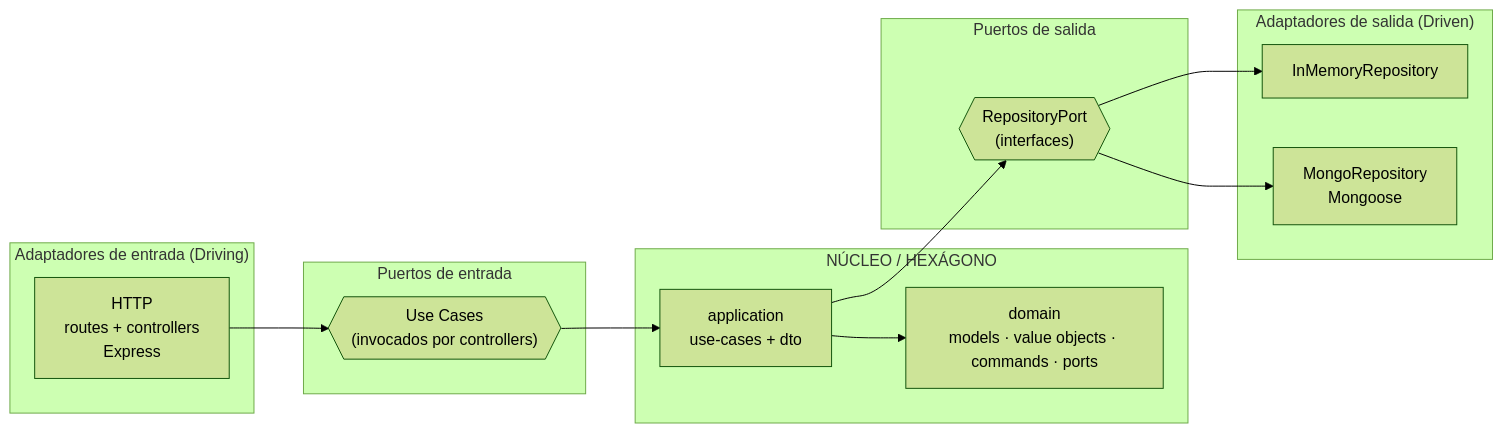
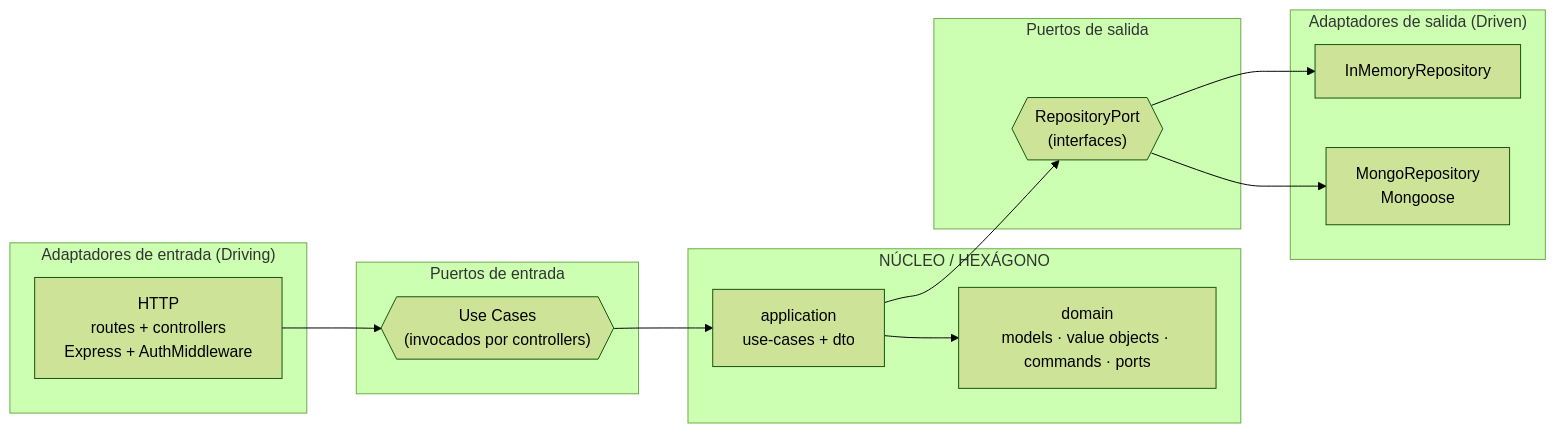
Before and after one commit to ing-reyes/arquitectura-hexagonal: the diagram in README.md, drawn with Mermaid (forest theme). The commit also changed other lines of this file and 29 other files, not shown here.

````diff
--- a/README.md
+++ b/README.md
@@ -166,31 +177,31 @@
 ```mermaid
 flowchart LR
     subgraph ADAPTADORES_ENTRADA["Adaptadores de entrada (Driving)"]
-        HTTP["HTTP<br/>routes + controllers<br/>Express"]
+        HTTP["HTTP<br/>routes + controllers<br/>Express + AuthMiddleware"]
     end
 
     subgraph PUERTOS_IN["Puertos de entrada"]
         PI{{"Use Cases<br/>(invocados por controllers)"}}
     end
 
     subgraph NUCLEO["NÚCLEO / HEXÁGONO"]
         APP["application<br/>use-cases + dto"]
         DOM["domain<br/>models · value objects · commands · ports"]
     end
 
     subgraph PUERTOS_OUT["Puertos de salida"]
         PO{{"RepositoryPort<br/>(interfaces)"}}
     end
 
     subgraph ADAPTADORES_SALIDA["Adaptadores de salida (Driven)"]
         MEM["InMemoryRepository"]
         MONGO["MongoRepository<br/>Mongoose"]
     end
 
     HTTP --> PI
     PI --> APP
     APP --> DOM
     APP --> PO
     PO --> MEM
     PO --> MONGO
 ```
````
